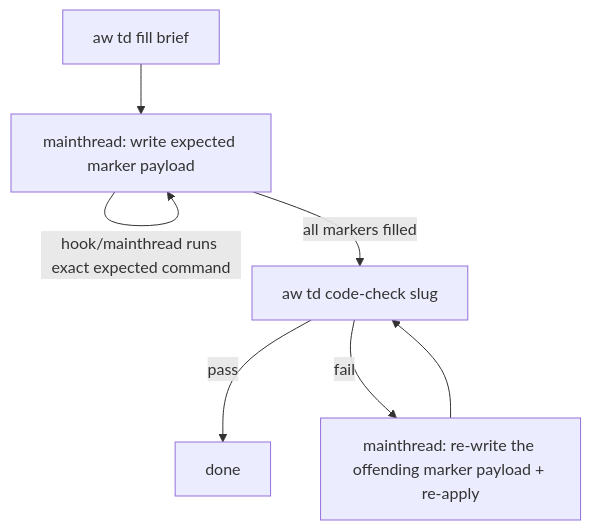
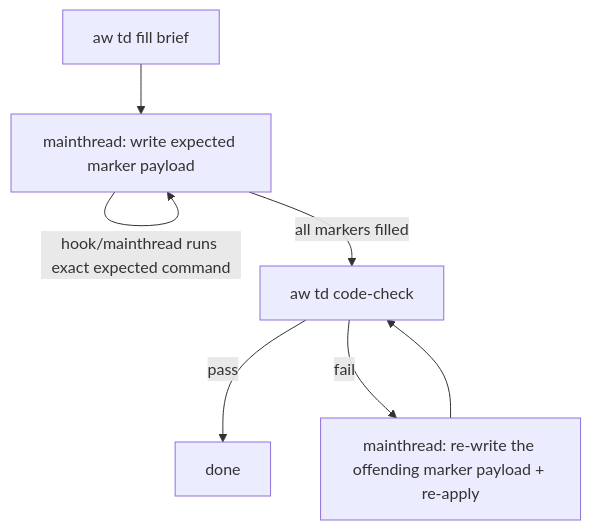
One commit to chrischeng-c4/axiom changed the diagram in projects/agentic-workflow/templates/cli/mainthread/skills/aw-cb-fill/SKILL.md. Above: the diagram before and after it, drawn with Mermaid. The commit also changed other lines of this file and 32 other files, not shown here.

````diff
--- a/projects/agentic-workflow/templates/cli/mainthread/skills/aw-cb-fill/SKILL.md
+++ b/projects/agentic-workflow/templates/cli/mainthread/skills/aw-cb-fill/SKILL.md
@@ -42,9 +42,9 @@
 ```mermaid
 flowchart TD
     F[aw td fill brief] --> L[mainthread: write expected marker payload]
     L -->|"hook/mainthread runs exact expected command"| L
-    L -->|"all markers filled"| G[aw td code-check slug]
+    L -->|"all markers filled"| G[aw td code-check <slug>]
     G -- pass --> M[done]
     G -- fail --> ROLL[mainthread: re-write the offending marker payload + re-apply]
     ROLL --> G
 ```
````
